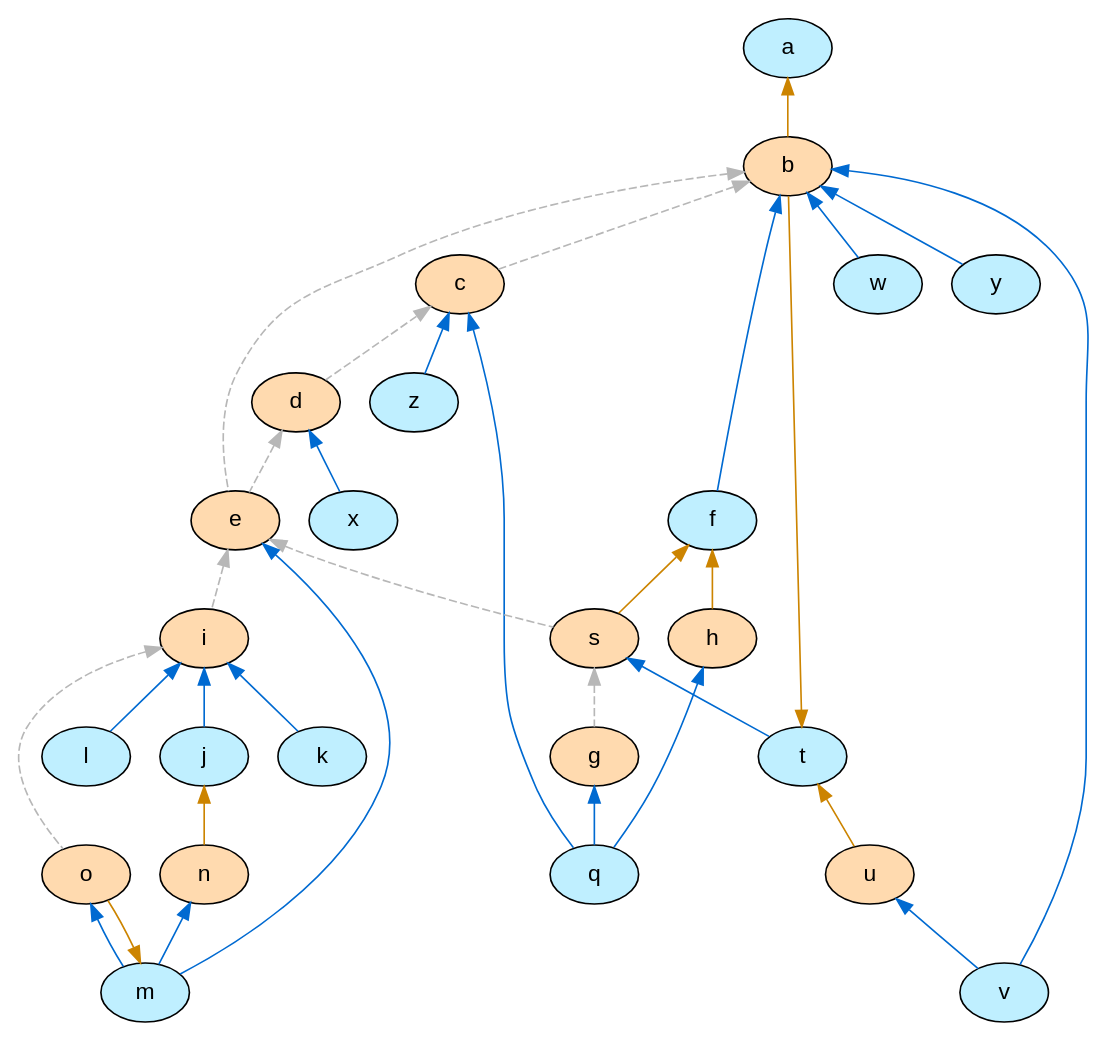
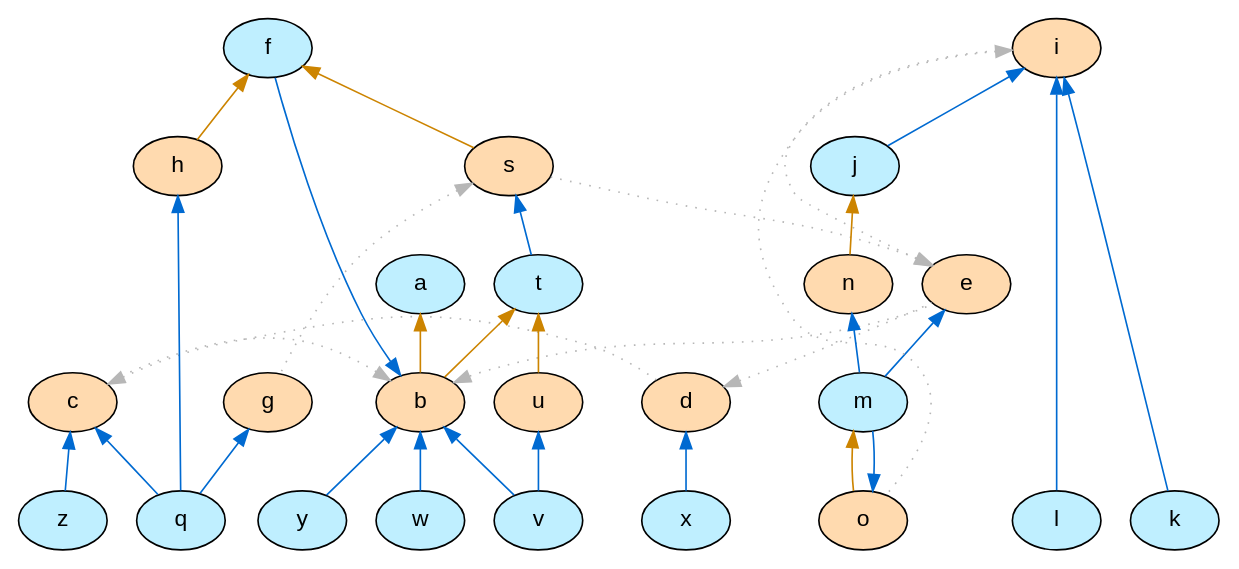
The diagram in IDCC-2024/graphs/arg_pw1_graph_colored.dot (idaks/Games-and-Argumentation), drawn with Graphviz before and after one commit. The commit also changed 18 other files, not shown here.

```diff
--- a/IDCC-2024/graphs/arg_pw1_graph_colored.dot
+++ b/IDCC-2024/graphs/arg_pw1_graph_colored.dot
@@ -1,40 +1,44 @@
 digraph G {
+  rankdir="TB"
   node [shape=oval style=filled fontname=Helvetica fontsize=14]
-  node [fillcolor="#ffdaaf" fontcolor="#000000"] b c d e s g h i o n u;
-  node [fillcolor="#bfefff" fontcolor="#000000"] a t f j k l m q v w x y z;
-  edge [dir=back, color="#cc8400", style="solid"]
-        "a" -> "b";
-        "t" -> "b";
-        "f" -> "h";
-        "j" -> "n";
-        "m" -> "o";
-        "f" -> "s";
-        "t" -> "u";
-  edge [dir=back, color="#b7b7b7", style="dashed"]
-        "b" -> "c";
-        "c" -> "d";
-        "b" -> "e";
-        "d" -> "e";
-        "s" -> "g";
-        "e" -> "i";
-        "i" -> "o";
-        "e" -> "s";
-  edge [dir=back, color="#006ad1", style="solid"]
-        "b" -> "f";
-        "i" -> "j";
-        "i" -> "k";
-        "i" -> "l";
-        "e" -> "m";
-        "o" -> "m";
-        "n" -> "m";
-        "g" -> "q";
-        "h" -> "q";
-        "c" -> "q";
-        "s" -> "t";
-        "b" -> "v";
-        "u" -> "v";
-        "b" -> "w";
-        "d" -> "x";
-        "b" -> "y";
-        "c" -> "z";
+  node [fillcolor="#ffdaaf" fontcolor="#000000"] b c d e s g h i o n u
+  node [fillcolor="#bfefff" fontcolor="#000000"] a t f j k l m q v w x y z
+  edge [dir=back color="#cc8400" style="solid"]
+        "a" -> "b" 
+        "t" -> "b" 
+        "f" -> "h" 
+        "j" -> "n" 
+        "m" -> "o" 
+        "f" -> "s" 
+        "t" -> "u" 
+  edge [dir=back color="#006ad1" style="solid"]
+        "b" -> "f" 
+        "i" -> "j" 
+        "i" -> "k" 
+        "i" -> "l" 
+        "e" -> "m" 
+        "o" -> "m" 
+        "n" -> "m" 
+        "g" -> "q" 
+        "h" -> "q" 
+        "c" -> "q" 
+        "s" -> "t" 
+        "b" -> "v" 
+        "u" -> "v" 
+        "b" -> "w" 
+        "d" -> "x" 
+        "b" -> "y" 
+        "c" -> "z" 
+  edge [dir=back color="#b7b7b7" style="dotted" constraint=false]
+        "b" -> "c" 
+        "c" -> "d" 
+        "b" -> "e" 
+        "d" -> "e" 
+        "s" -> "g" 
+        "e" -> "i" 
+        "i" -> "o" 
+        "e" -> "s" 
+
+  {rank = max k l q v w x y z}
+  {rank = min f}
 }
```
